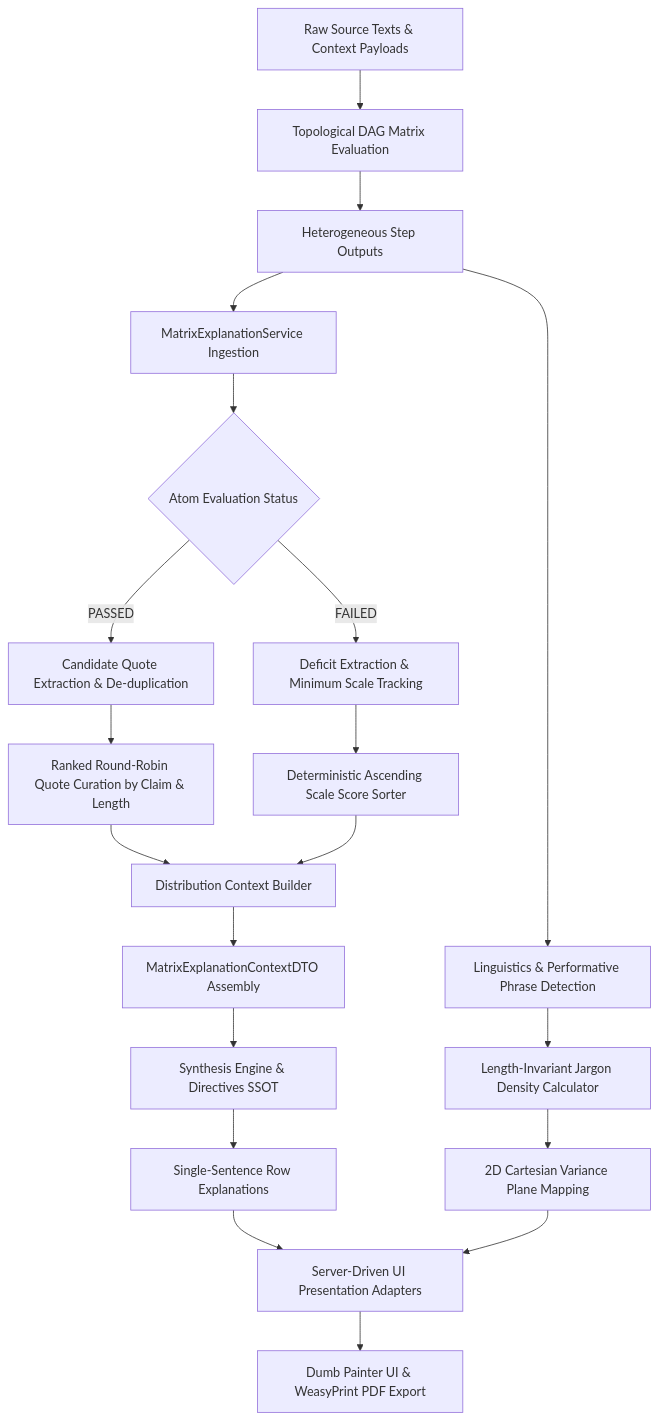
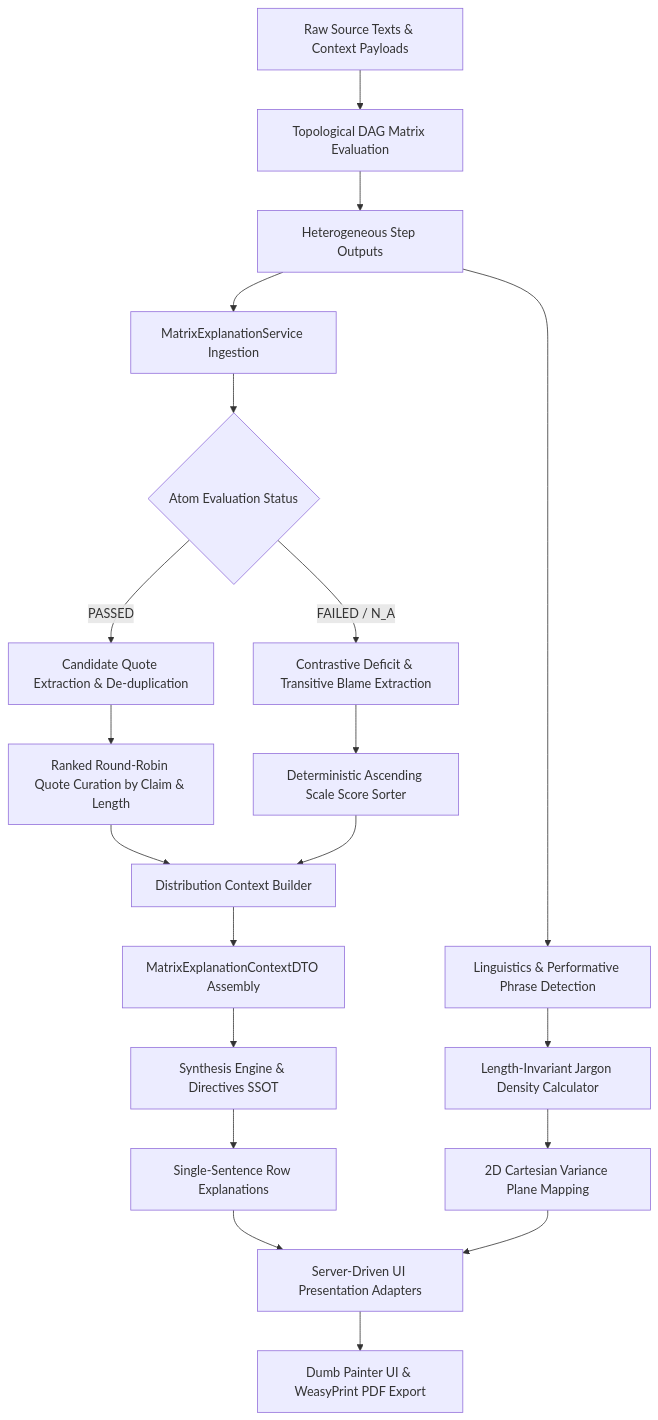
The diagram in docs/architecture/08_matrix_explanations.md (launis/quorum), drawn with Mermaid before and after one commit. The commit also changed other lines of this file and 5 other files, not shown here.

First line of the commit message:
docs(architecture): sync zero-loss synthesis distillation and sdui lineage

````diff
--- a/docs/architecture/08_matrix_explanations.md
+++ b/docs/architecture/08_matrix_explanations.md
@@ -497,27 +497,27 @@
 ```mermaid
 flowchart TD
     A[Raw Source Texts & Context Payloads] --> B[Topological DAG Matrix Evaluation]
     B --> C[Heterogeneous Step Outputs]
     
     C --> D[MatrixExplanationService Ingestion]
     D --> E{Atom Evaluation Status}
     
     E -- PASSED --> F[Candidate Quote Extraction & De-duplication]
     F --> G[Ranked Round-Robin Quote Curation by Claim & Length]
     
-    E -- FAILED --> H[Deficit Extraction & Minimum Scale Tracking]
+    E -- FAILED / N_A --> H[Contrastive Deficit & Transitive Blame Extraction]
     H --> I[Deterministic Ascending Scale Score Sorter]
     
     G & I --> J[Distribution Context Builder]
     J --> K[MatrixExplanationContextDTO Assembly]
     
     K --> L[Synthesis Engine & Directives SSOT]
     L --> M[Single-Sentence Row Explanations]
     
     C --> N[Linguistics & Performative Phrase Detection]
     N --> O[Length-Invariant Jargon Density Calculator]
     O --> P[2D Cartesian Variance Plane Mapping]
     
     M & P --> Q[Server-Driven UI Presentation Adapters]
     Q --> R[Dumb Painter UI & WeasyPrint PDF Export]
 ```
````
